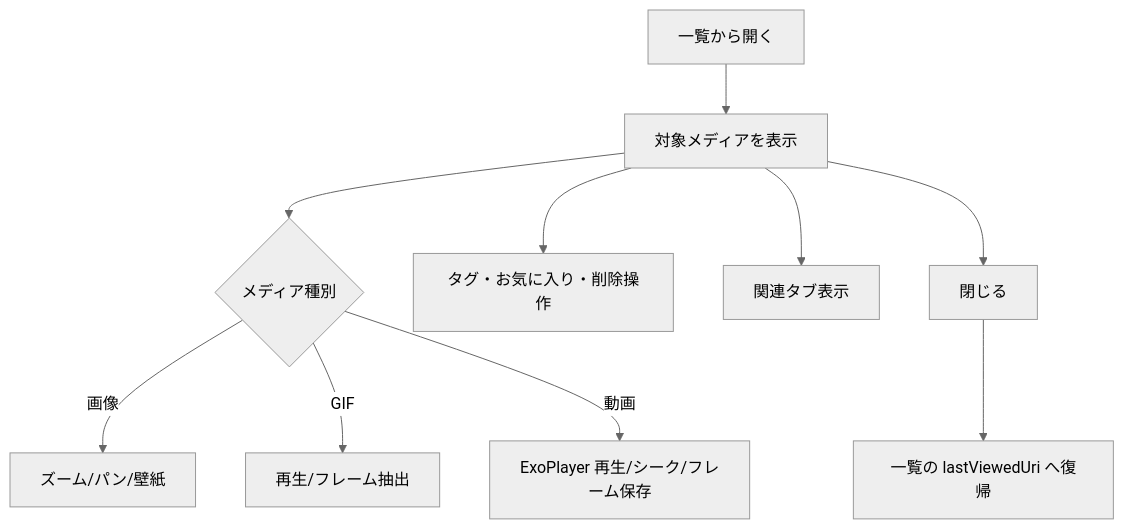
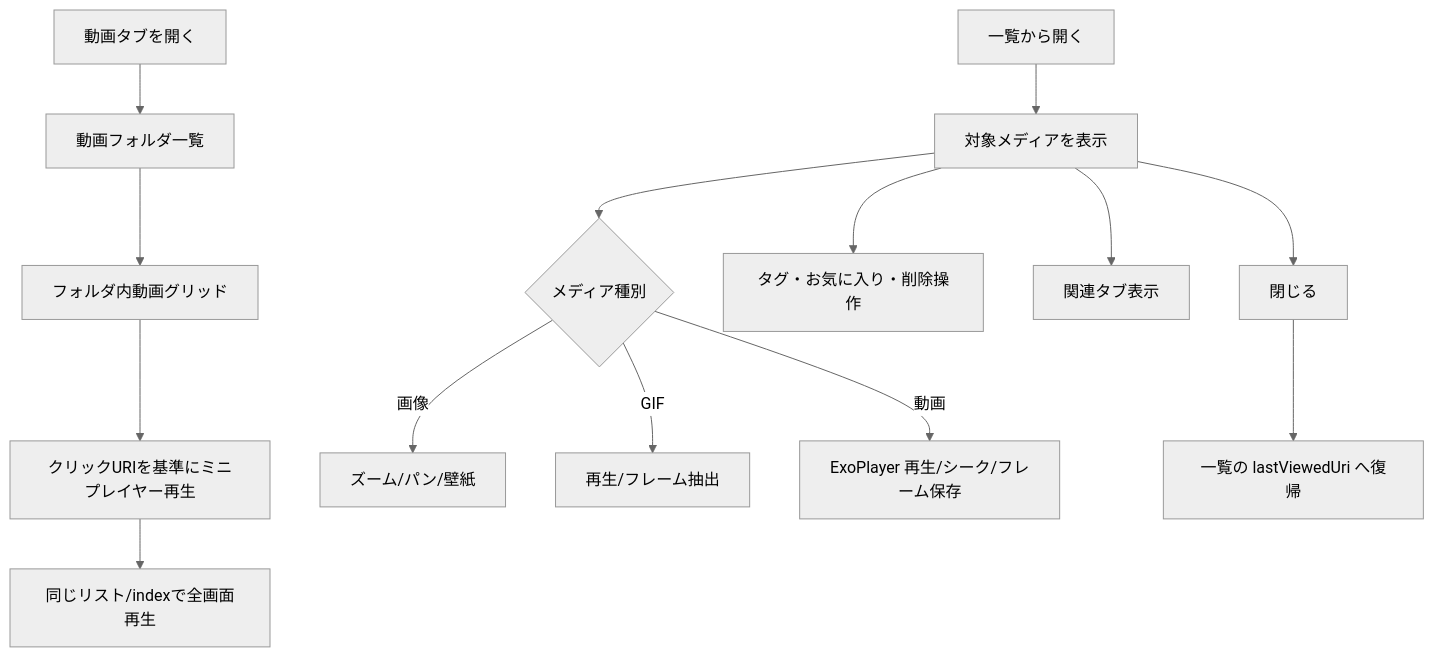
One commit to Ksan1333/Gallery changed the second of 4 diagrams in docs/detail_design/02_media_viewer.md. Above: the diagram before and after it, drawn with Mermaid (neutral theme). The commit also changed other lines of this file and 61 other files, not shown here.

````diff
--- a/docs/detail_design/02_media_viewer.md
+++ b/docs/detail_design/02_media_viewer.md
@@ -76,12 +88,16 @@
 ```mermaid
 flowchart TD
     Open["一覧から開く"] --> Show["対象メディアを表示"]
     Show --> Type{"メディア種別"}
     Type -->|画像| Image["ズーム/パン/壁紙"]
     Type -->|GIF| Gif["再生/フレーム抽出"]
     Type -->|動画| Video["ExoPlayer 再生/シーク/フレーム保存"]
+    OpenVideoTab["動画タブを開く"] --> VideoFolders["動画フォルダ一覧"]
+    VideoFolders --> VideoGrid["フォルダ内動画グリッド"]
+    VideoGrid --> MiniPlayer["クリックURIを基準にミニプレイヤー再生"]
+    MiniPlayer --> FullscreenVideo["同じリスト/indexで全画面再生"]
     Show --> Edit["タグ・お気に入り・削除操作"]
     Show --> Related["関連タブ表示"]
     Show --> Close["閉じる"]
     Close --> Return["一覧の lastViewedUri へ復帰"]
 ```
````
